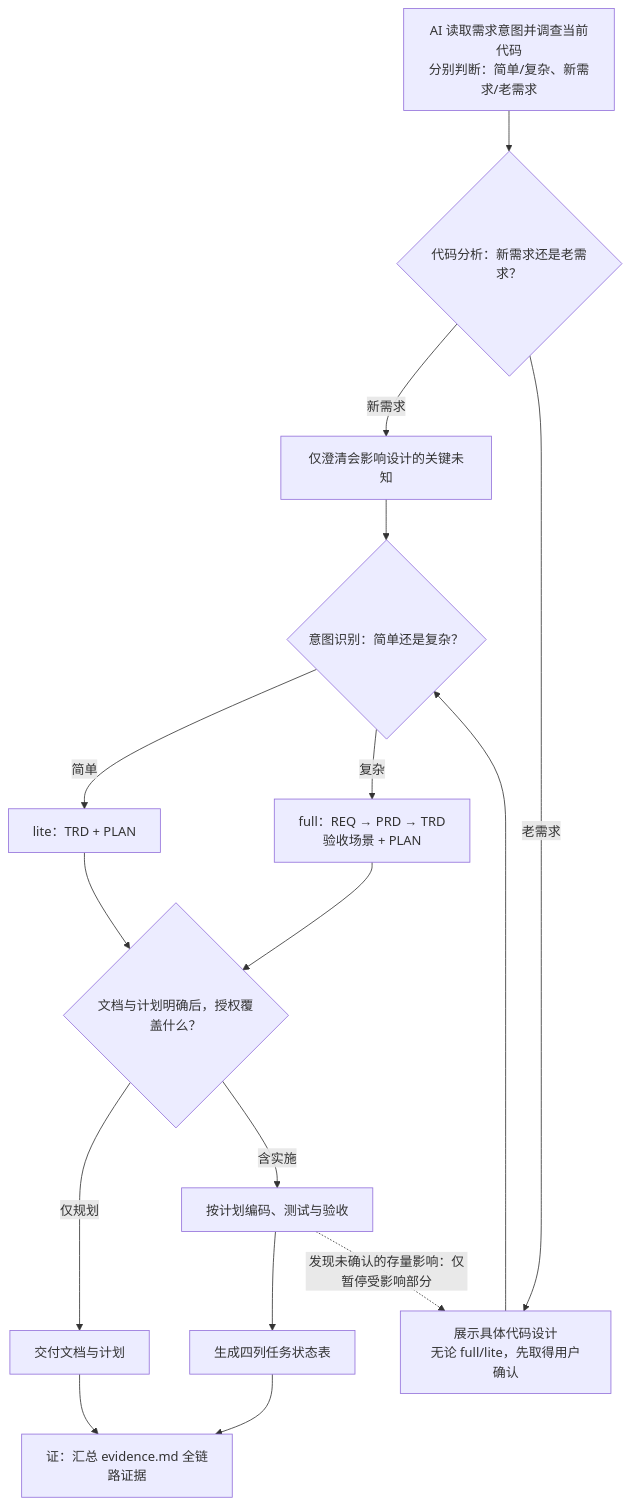
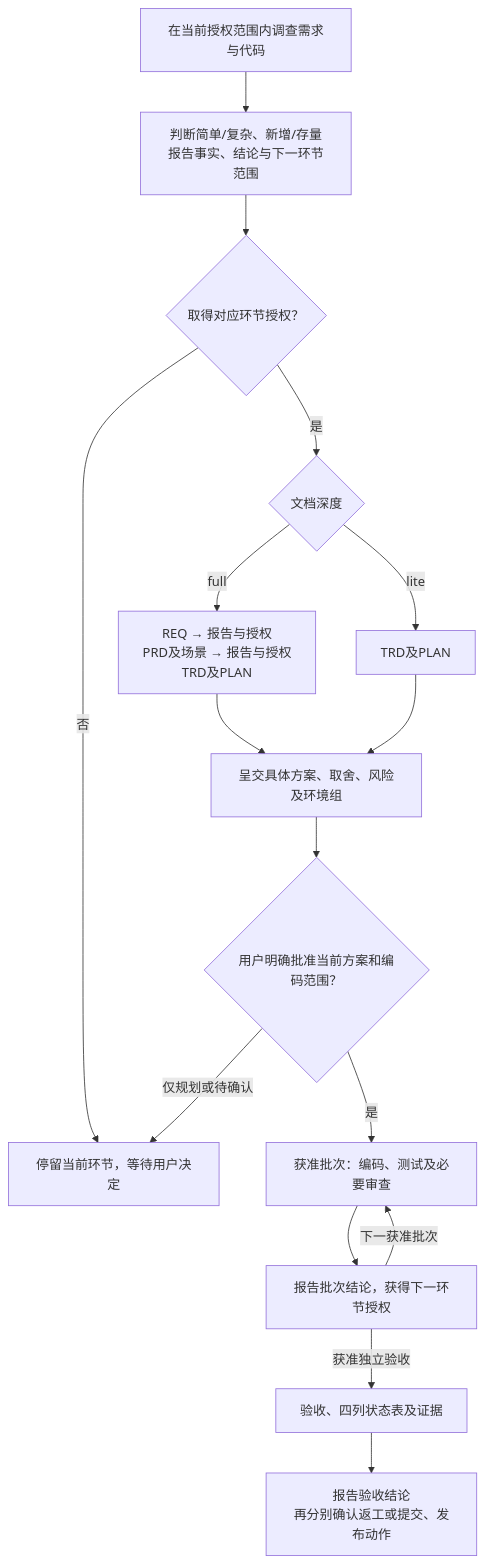
One commit to sparrowzoo/AICoding changed the diagram in .agents/skills/develop-work-flow/SKILL.md. Above: the diagram before and after it, drawn with Mermaid. The commit also changed other lines of this file and 11 other files, not shown here.

````diff
--- a/.agents/skills/develop-work-flow/SKILL.md
+++ b/.agents/skills/develop-work-flow/SKILL.md
@@ -64,18 +100,18 @@
 ```mermaid
 flowchart TD
-    A["AI 读取需求意图并调查当前代码<br/>分别判断：简单/复杂、新需求/老需求"] --> B{"代码分析：新需求还是老需求？"}
-    B -->|新需求| C["仅澄清会影响设计的关键未知"]
-    B -->|老需求| D["展示具体代码设计<br/>无论 full/lite，先取得用户确认"]
-    C --> E{"意图识别：简单还是复杂？"}
-    D --> E
-    E -->|简单| F["lite：TRD + PLAN"]
-    E -->|复杂| G["full：REQ → PRD → TRD<br/>验收场景 + PLAN"]
-    F --> H{"文档与计划明确后，授权覆盖什么？"}
-    G --> H
-    H -->|仅规划| I["交付文档与计划"]
-    H -->|含实施| J["按计划编码、测试与验收"]
-    J --> K["生成四列任务状态表"]
-    K --> L["证：汇总 evidence.md 全链路证据"]
-    I --> L
-    J -.->|发现未确认的存量影响：仅暂停受影响部分| D
+    A["在当前授权范围内调查需求与代码"] --> B["判断简单/复杂、新增/存量<br/>报告事实、结论与下一环节范围"]
+    B --> C{"取得对应环节授权？"}
+    C -->|否| W["停留当前环节，等待用户决定"]
+    C -->|是| D{"文档深度"}
+    D -->|full| E["REQ → 报告与授权<br/>PRD及场景 → 报告与授权<br/>TRD及PLAN"]
+    D -->|lite| F["TRD及PLAN"]
+    E --> G["呈交具体方案、取舍、风险及环境组"]
+    F --> G
+    G --> H{"用户明确批准当前方案和编码范围？"}
+    H -->|仅规划或待确认| W
+    H -->|是| I["获准批次：编码、测试及必要审查"]
+    I --> J["报告批次结论，获得下一环节授权"]
+    J -->|下一获准批次| I
+    J -->|获准独立验收| K["验收、四列状态表及证据"]
+    K --> L["报告验收结论<br/>再分别确认返工或提交、发布动作"]
 ```
````
